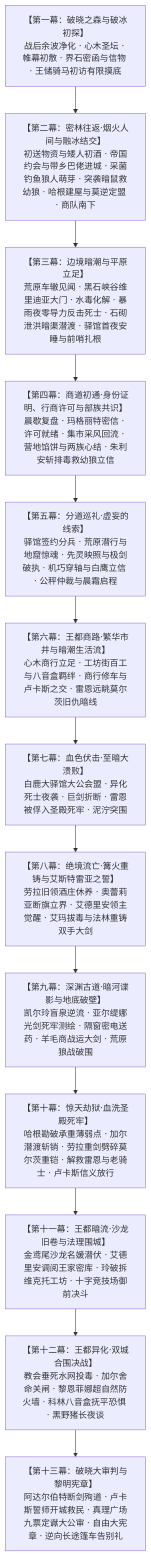
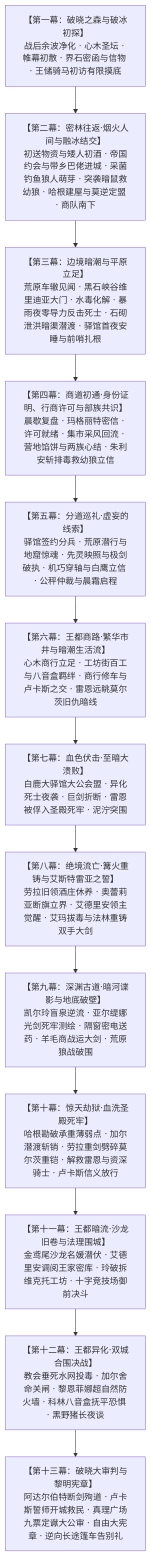
One commit to soranokiseki1437/eldoria-worldbook changed the first of 2 diagrams in 方案/第二部/主线与世界扩充方案/01_宏篇主线剧情总大纲与分幕导航.md. Above: the diagram before and after it, drawn with Mermaid. The commit also changed other lines of this file and 94 other files, not shown here.

````diff
--- a/方案/第二部/主线与世界扩充方案/01_宏篇主线剧情总大纲与分幕导航.md
+++ b/方案/第二部/主线与世界扩充方案/01_宏篇主线剧情总大纲与分幕导航.md
@@ -12,18 +12,18 @@
 ```mermaid
 graph TD
     M1["【第一幕：破晓之森与破冰初探】<br/>战后余波净化 · 心木圣坛 · 帷幕初散 · 界石密函与信物 · 王储骑马初访有限摸底"]
     M2["【第二幕：密林往返·烟火人间与融冰结交】<br/>初送物资与矮人初酒 · 帝国约会与带乡巴佬进城 · 采菌钓鱼狼人萌芽 · 突袭暗鼠救幼狼 · 哈根建屋与莫逆定盟 · 商队南下"]
     M3["【第三幕：边境暗潮与平原立足】<br/>荒原车辙见闻 · 黑石峡谷维里迪亚大门 · 水毒化解 · 暴雨夜零导力反击死士 · 石砌泄洪暗渠潜渡 · 驿馆首夜安睡与前哨扎根"]
     M4["【第四幕：商道初通·身份证明、行商许可与部族共识】<br/>晨歇复盘 · 玛格丽特密信 · 许可就绪 · 集市采风回流 · 营地馅饼与两族心结 · 朱利安斩排毒救幼狼立信"]
     M5["【第五幕：分道巡礼·虚妄的线索】<br/>驿馆签约分兵 · 荒原潜行与地窟惊魂 · 先灵映照与极剑破执 · 机巧穿轴与白鹰立信 · 公秤仲裁与晨霜启程"]
     M6["【第六幕：王都商路·繁华市井与暗潮生活流】<br/>心木商行立足 · 工坊街百工与八音盒羁绊 · 商行修车与卢卡斯之交 · 雷恩远眺莫尔茨旧仇暗线"]
     M7["【第七幕：血色伏击·至暗大溃败】<br/>白鹿大驿馆大公会盟 · 异化死士夜袭 · 巨剑折断 · 雷恩被俘入圣殿死牢 · 泥泞突围"]
     M8["【第八幕：绝境流亡·篝火重铸与艾斯特雷亚之誓】<br/>劳拉旧领酒庄休养 · 奥蕾莉亚断旗立界 · 艾德里安领主觉醒 · 艾玛拔毒与法林重铸双手大剑"]
     M9["【第九幕：深渊古道·暗河谍影与地底破壁】<br/>凯尔玲盲泉逆流 · 亚尔缇娜光剑死牢测绘 · 隔窗密电送药 · 羊毛商战运大剑 · 荒原狼战破围"]
-    M10["【第十幕：惊天劫狱·血洗圣殿死牢】<br/>哈根勘破承重薄弱点 · 加尔潜渡斩销 · 劳拉重剑劈碎莫尔茨重铠 · 解救雷恩与老骑士 · 卢卡斯信义放行"]
+    M10["【第十幕：惊天劫狱·血洗圣殿死牢】<br/>哈根勘破承重薄弱点 · 加尔潜渡斩销 · 劳拉重剑劈碎莫尔茨重铠 · 解救雷恩与资深骑士 · 卢卡斯信义放行"]
     M11["【第十一幕：王都暗流·沙龙旧卷与法理围城】<br/>金鸢尾沙龙名媛潜伏 · 艾德里安调阅王家密库 · 玲破拆维克托工坊 · 十字竞技场御前决斗"]
     M12["【第十二幕：王都异化·双城合围决战】<br/>教会垂死水网投毒 · 加尔舍命关闸 · 黎恩菲娜超自然防火墙 · 科林八音盒抚平恐惧 · 黑野猪长夜谈"]
     M13["【第十三幕：破晓大审判与黎明宪章】<br/>阿达尔伯特断剑殉道 · 卢卡斯誓师开城救民 · 真理广场九票定谳大公审 · 自由大宪章 · 逆向长途篷车告别礼"]
 
     M1 --> M2 --> M3 --> M4 --> M5 --> M6 --> M7 --> M8 --> M9 --> M10 --> M11 --> M12 --> M13
 ```
````
